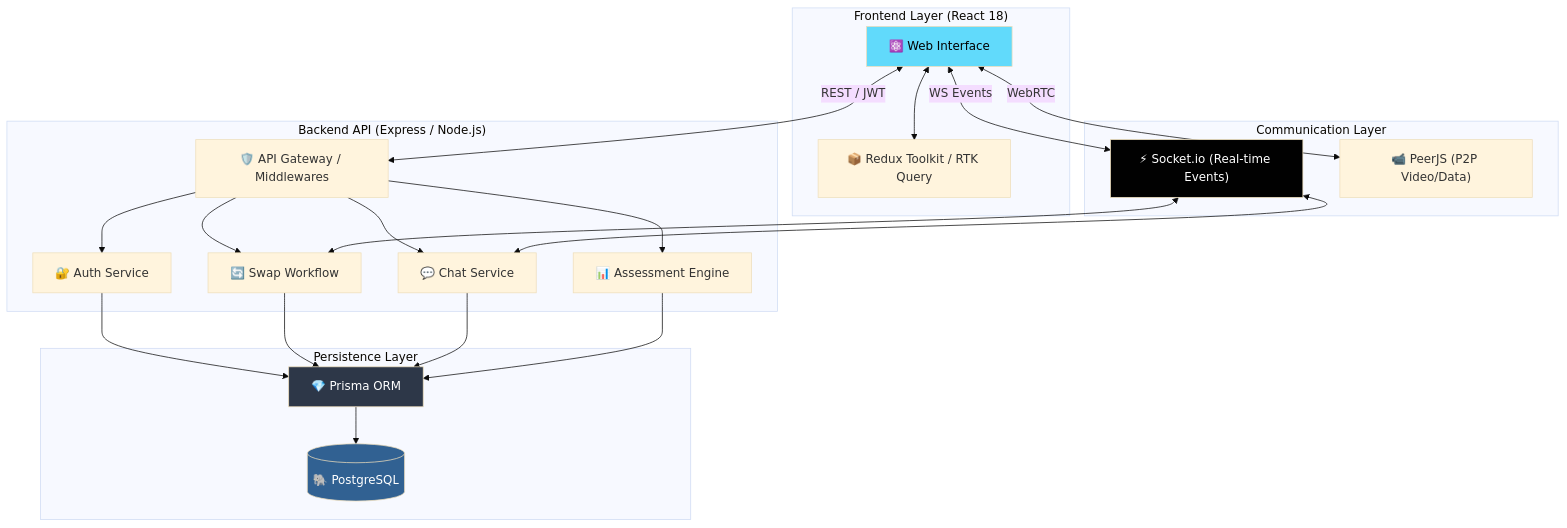
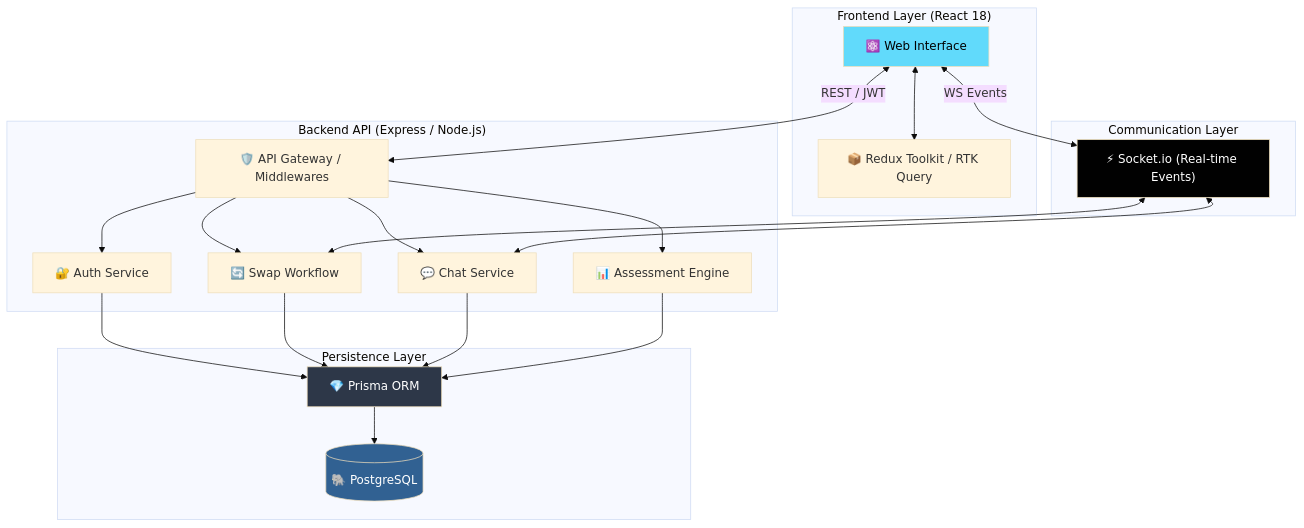
The diagram in README.md (Nagaraj-06/kutty_project), drawn with Mermaid (base theme) before and after one commit. The commit also changed other lines of this file and 1 other file, not shown here.

````diff
--- a/README.md
+++ b/README.md
@@ -99,44 +99,42 @@
 ```mermaid
 graph TD
     subgraph "Frontend Layer (React 18)"
         UI["⚛️ Web Interface"]
         RTK["📦 Redux Toolkit / RTK Query"]
         UI <--> RTK
     end
 
     subgraph "Communication Layer"
         SIO["⚡ Socket.io (Real-time Events)"]
-        PJS["📹 PeerJS (P2P Video/Data)"]
     end
 
     subgraph "Backend API (Express / Node.js)"
         Auth["🔐 Auth Service"]
         Swap["🔄 Swap Workflow"]
         Chat["💬 Chat Service"]
         Assess["📊 Assessment Engine"]
         
         API_GW["🛡️ API Gateway / Middlewares"]
         API_GW --> Auth
         API_GW --> Swap
         API_GW --> Chat
         API_GW --> Assess
     end
 
     subgraph "Persistence Layer"
         DB[("🐘 PostgreSQL")]
         Prisma["💎 Prisma ORM"]
         Prisma --> DB
     end
 
     UI <-->|REST / JWT| API_GW
     UI <-->|WS Events| SIO
-    UI <-->|WebRTC| PJS
     
     Auth & Swap & Chat & Assess --> Prisma
     SIO <--> Swap & Chat
 
     style UI fill:#61DAFB,color:#000
     style SIO fill:#010101,color:#fff
     style DB fill:#316192,color:#fff
     style Prisma fill:#2D3748,color:#fff
 ```
````
